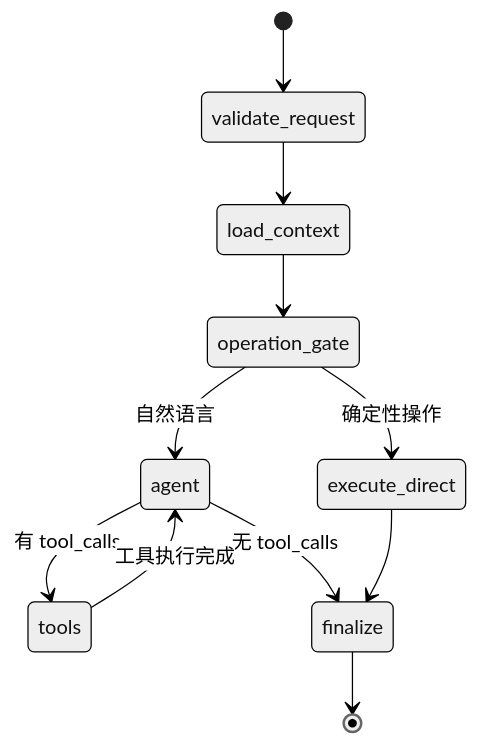
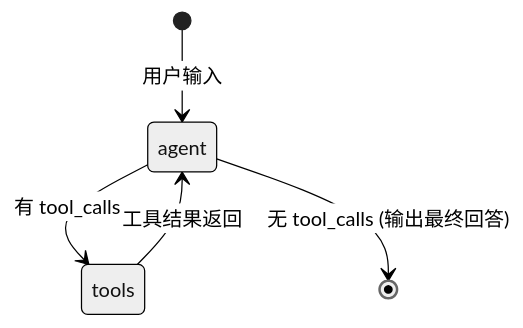
The second of 2 diagrams in ARCHITECTURE-v0.2.md (zzj024/private-agent), drawn with Mermaid (neutral theme) before and after one commit. The commit also changed other lines of this file and 6 other files, not shown here.

````diff
--- a/ARCHITECTURE-v0.2.md
+++ b/ARCHITECTURE-v0.2.md
@@ -110,18 +111,7 @@
 ```mermaid
 stateDiagram-v2
-    [*] --> validate_request
-    validate_request --> load_context
-    load_context --> operation_gate
-    
-    operation_gate --> agent : 自然语言
-    operation_gate --> execute_direct : 确定性操作
-    
+    [*] --> agent : 用户输入
     agent --> tools : 有 tool_calls
-    agent --> finalize : 无 tool_calls
-    
-    tools --> agent : 工具执行完成
-    
-    execute_direct --> finalize
-    
-    finalize --> [*]
+    agent --> [*] : 无 tool_calls (输出最终回答)
+    tools --> agent : 工具结果返回
 ```
````
